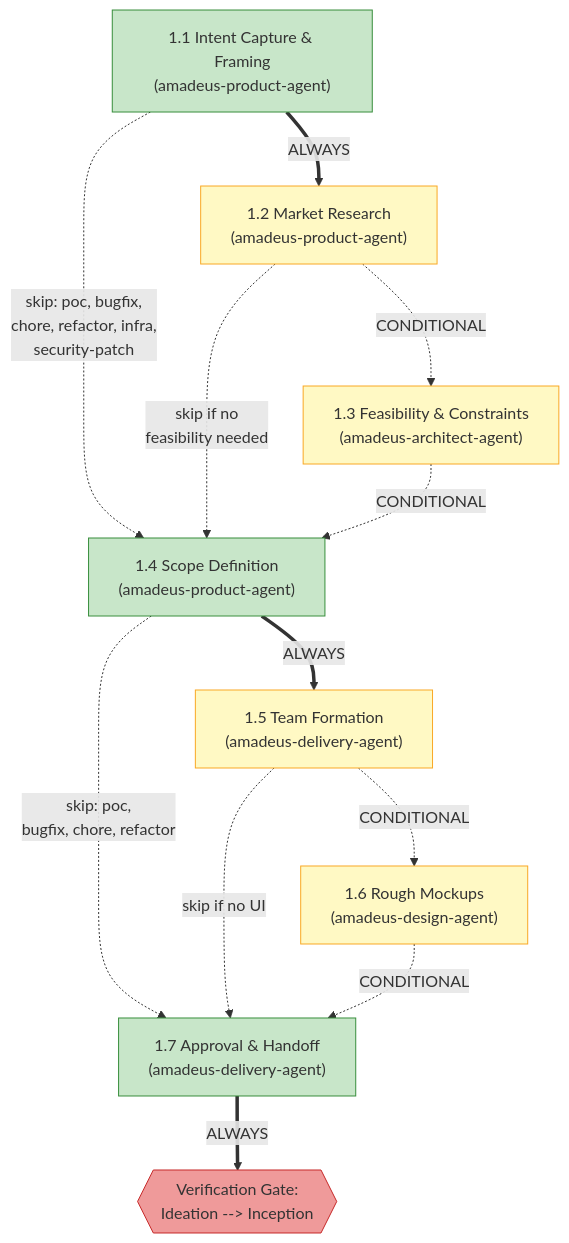
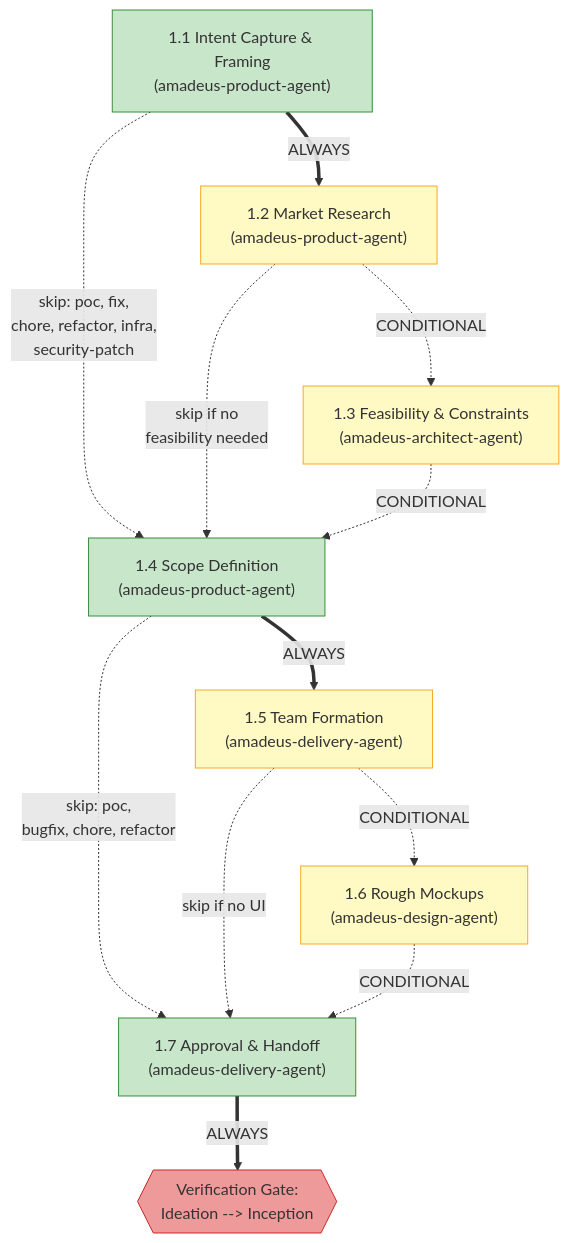
The second of 12 diagrams in docs/reference/diagrams.ja.md (amadeus-dlc/amadeus), drawn with Mermaid before and after one commit. The commit also changed other lines of this file and 666 other files, not shown here.

````diff
--- a/docs/reference/diagrams.ja.md
+++ b/docs/reference/diagrams.ja.md
@@ -73,32 +73,32 @@
 ```mermaid
 flowchart TD
     S11["1.1 Intent Capture & Framing\n(amadeus-product-agent)"]
     S12["1.2 Market Research\n(amadeus-product-agent)"]
     S13["1.3 Feasibility & Constraints\n(amadeus-architect-agent)"]
     S14["1.4 Scope Definition\n(amadeus-product-agent)"]
     S15["1.5 Team Formation\n(amadeus-delivery-agent)"]
     S16["1.6 Rough Mockups\n(amadeus-design-agent)"]
     S17["1.7 Approval & Handoff\n(amadeus-delivery-agent)"]
     VG1{{"Verification Gate:\nIdeation --> Inception"}}
 
     S11 ==>|ALWAYS| S12
-    S11 -.->|"skip: poc, bugfix,\nchore, refactor, infra,\nsecurity-patch"| S14
+    S11 -.->|"skip: poc, fix,\nchore, refactor, infra,\nsecurity-patch"| S14
     S12 -.->|CONDITIONAL| S13
     S12 -.->|"skip if no\nfeasibility needed"| S14
     S13 -.->|CONDITIONAL| S14
     S14 ==>|ALWAYS| S15
     S14 -.->|"skip: poc,\nbugfix, chore, refactor"| S17
     S15 -.->|CONDITIONAL| S16
     S15 -.->|"skip if no UI"| S17
     S16 -.->|CONDITIONAL| S17
     S17 ==>|ALWAYS| VG1
 
     style S11 fill:#c8e6c9,stroke:#388e3c
     style S14 fill:#c8e6c9,stroke:#388e3c
     style S17 fill:#c8e6c9,stroke:#388e3c
     style S12 fill:#fff9c4,stroke:#f9a825
     style S13 fill:#fff9c4,stroke:#f9a825
     style S15 fill:#fff9c4,stroke:#f9a825
     style S16 fill:#fff9c4,stroke:#f9a825
     style VG1 fill:#ef9a9a,stroke:#c62828
 ```
````
